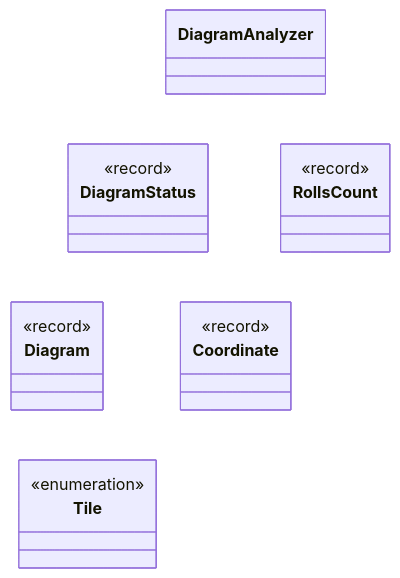
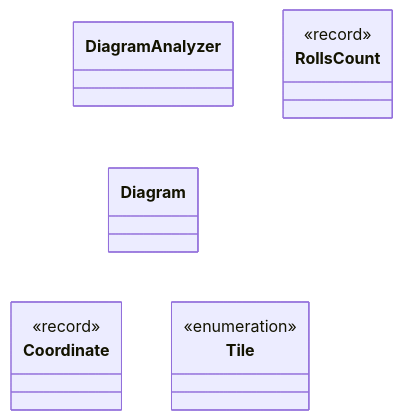
Before and after one commit to lauraheerrera/aoc2025: the diagram in UML diagrams/uml_day04.md, drawn with Mermaid. The commit also changed 91 other files, not shown here.

````diff
--- a/UML diagrams/uml_day04.md
+++ b/UML diagrams/uml_day04.md
@@ -3,29 +3,22 @@
 ```mermaid
 %%{init: { 'themeVariables': { 'lineColor': '#FFFFFF' } } }%%
 classDiagram
     direction TB
     class DiagramAnalyzer {
     }
     class Diagram {
-        <<record>>
-    }
-    class DiagramStatus {
-        <<record>>
     }
     class Coordinate {
         <<record>>
     }
     class Tile {
         <<enumeration>>
     }
     class RollsCount {
         <<record>>
     }
-    DiagramAnalyzer --> DiagramStatus
-    DiagramAnalyzer --> Coordinate
-    DiagramAnalyzer --> RollsCount
-    DiagramStatus --> Diagram
-    DiagramStatus --> Tile
-    DiagramStatus --> Coordinate
-    Diagram --> Tile
+    DiagramAnalyzer --> Diagram
+Diagram --> Coordinate
+Diagram --> Tile
+
 ```
````
